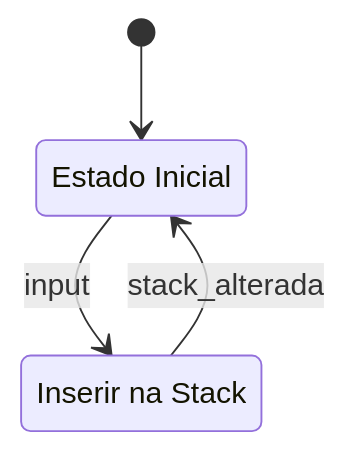
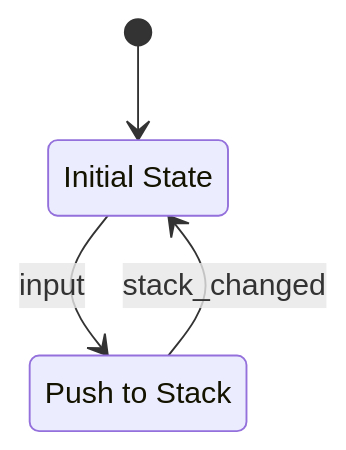
The diagram in README.md (Fukubi/Most-Recent-Used), drawn with Mermaid before and after one commit.

````diff
--- a/README.md
+++ b/README.md
@@ -7,9 +7,9 @@
 ```mermaid
 stateDiagram-v2
-	q0 : Estado Inicial
-	q1 : Inserir na Stack
+	q0 : Initial State
+	q1 : Push to Stack
 
 	[*] --> q0
 	q0 --> q1 : input
-	q1 --> q0 : stack_alterada
+	q1 --> q0 : stack_changed
 ```
````
